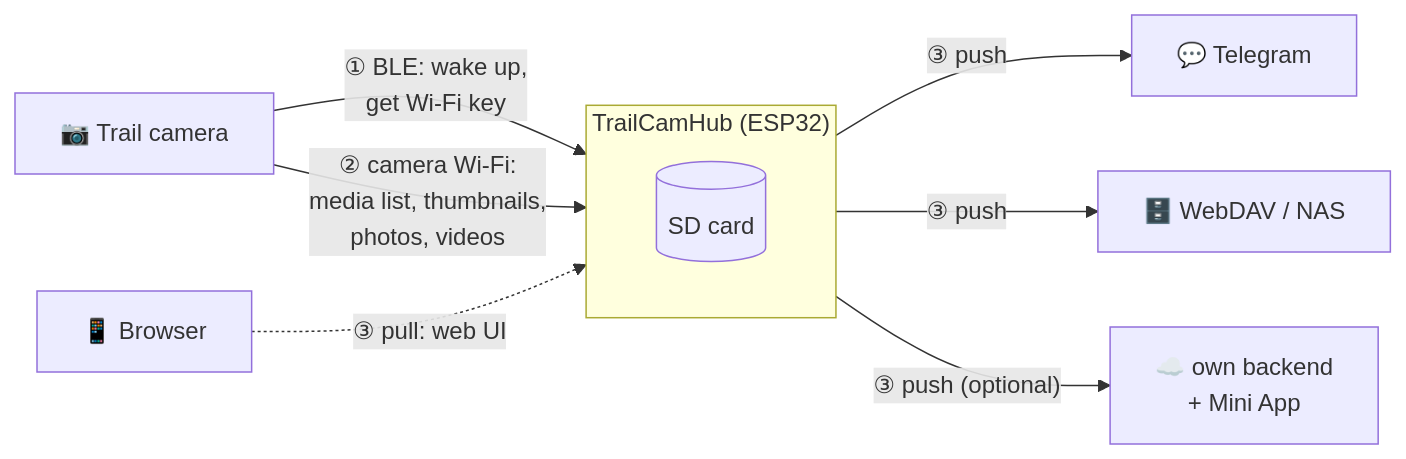
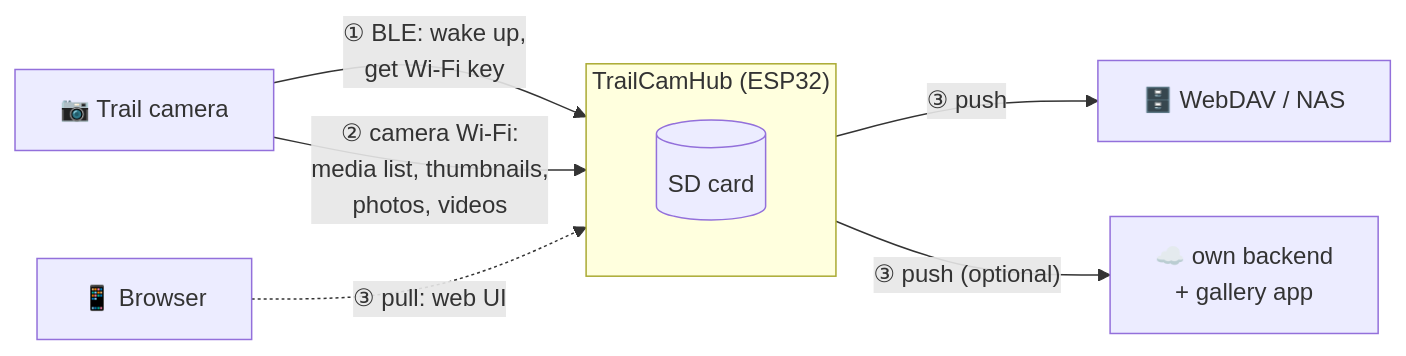
The diagram in README.md (ThomasPohl/TrailCamHub), drawn with Mermaid before and after one commit. The commit also changed other lines of this file and 10 other files, not shown here.

````diff
--- a/README.md
+++ b/README.md
@@ -33,13 +33,12 @@
 ```mermaid
 flowchart LR
     Cam["📷 Trail camera"]
     subgraph Hub["TrailCamHub (ESP32)"]
         SD[("SD card")]
     end
     Cam -->|"① BLE: wake up,<br>get Wi-Fi key"| Hub
     Cam -->|"② camera Wi-Fi:<br>media list, thumbnails,<br>photos, videos"| Hub
-    Hub -->|"③ push"| TG["💬 Telegram"]
     Hub -->|"③ push"| NAS["🗄️ WebDAV / NAS"]
-    Hub -->|"③ push (optional)"| BE["☁️ own backend<br>+ Mini App"]
+    Hub -->|"③ push (optional)"| BE["☁️ own backend<br>+ gallery app"]
     Phone["📱 Browser"] -.->|"③ pull: web UI"| Hub
 ```
````
